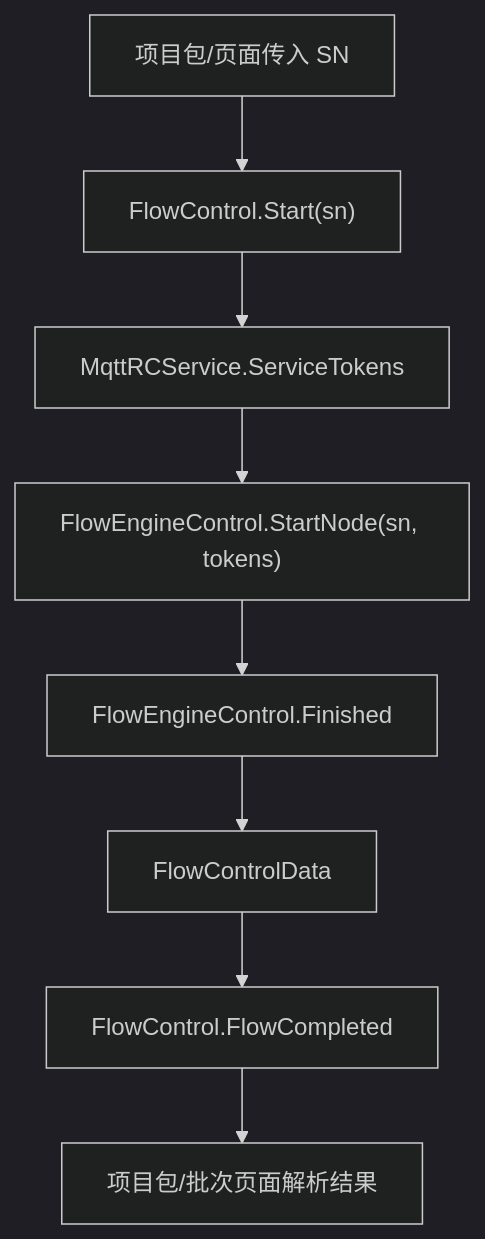
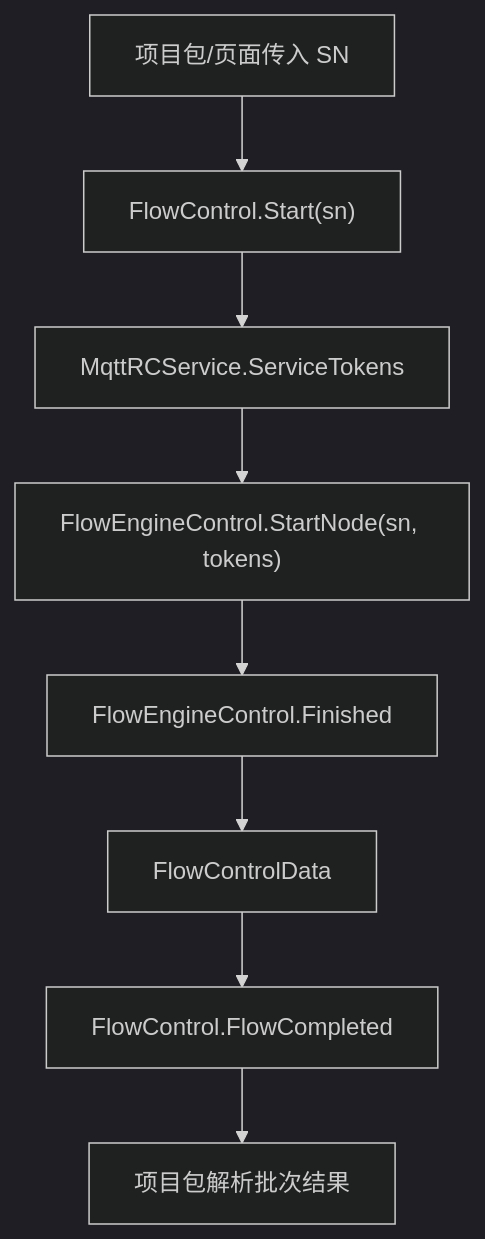
Before and after one commit to xincheng213618/scgd_general_wpf: the diagram in docs/04-api-reference/engine-components/template-flow-chain.md, drawn with Mermaid (dark theme). The commit also changed other lines of this file and 180 other files, not shown here.

````diff
--- a/docs/04-api-reference/engine-components/template-flow-chain.md
+++ b/docs/04-api-reference/engine-components/template-flow-chain.md
@@ -124,10 +55,10 @@
 ```mermaid
 flowchart TD
   Project["项目包/页面传入 SN"] --> Start["FlowControl.Start(sn)"]
-  Start --> Token["MqttRCService.ServiceTokens"]
-  Token --> Engine["FlowEngineControl.StartNode(sn, tokens)"]
+  Start --> Tokens["MqttRCService.ServiceTokens"]
+  Tokens --> Engine["FlowEngineControl.StartNode(sn, tokens)"]
   Engine --> Finished["FlowEngineControl.Finished"]
   Finished --> Data["FlowControlData"]
   Data --> Event["FlowControl.FlowCompleted"]
-  Event --> ProjectResult["项目包/批次页面解析结果"]
+  Event --> ProjectResult["项目包解析批次结果"]
 ```
````
